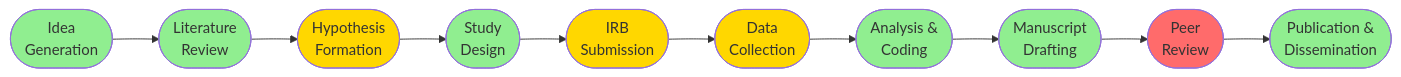
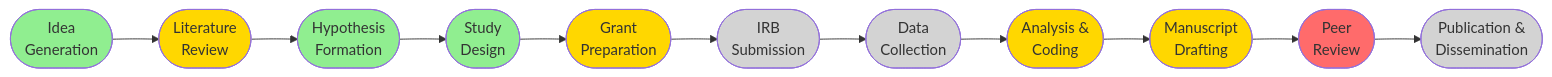
The diagram in resources_research.llms.md (seandavi/campus-llm-kb), drawn with Mermaid before and after one commit. The commit also changed other lines of this file and 42 other files, not shown here.

````diff
--- a/resources_research.llms.md
+++ b/resources_research.llms.md
@@ -112,23 +146,25 @@
 ``` mermaid
 flowchart LR
-    A([Idea\nGeneration]) --> B([Literature\nReview])
-    B --> C([Hypothesis\nFormation])
-    C --> D([Study\nDesign])
-    D --> E([IRB\nSubmission])
-    E --> F([Data\nCollection])
-    F --> G([Analysis &\nCoding])
-    G --> H([Manuscript\nDrafting])
-    H --> I([Peer\nReview])
-    I --> J([Publication &\nDissemination])
+    A([Idea<br/>Generation]) --> B([Literature<br/>Review])
+    B --> C([Hypothesis<br/>Formation])
+    C --> D([Study<br/>Design])
+    D --> K([Grant<br/>Preparation])
+    K --> E([IRB<br/>Submission])
+    E --> F([Data<br/>Collection])
+    F --> G([Analysis &<br/>Coding])
+    G --> H([Manuscript<br/>Drafting])
+    H --> I([Peer<br/>Review])
+    I --> J([Publication &<br/>Dissemination])
 
     style A fill:#90EE90
-    style B fill:#90EE90
-    style C fill:#FFD700
+    style B fill:#FFD700
+    style C fill:#90EE90
     style D fill:#90EE90
-    style E fill:#FFD700
-    style F fill:#FFD700
-    style G fill:#90EE90
-    style H fill:#90EE90
+    style K fill:#FFD700
+    style E fill:#D3D3D3
+    style F fill:#D3D3D3
+    style G fill:#FFD700
+    style H fill:#FFD700
     style I fill:#FF6B6B
-    style J fill:#90EE90
+    style J fill:#D3D3D3
 ```
````
